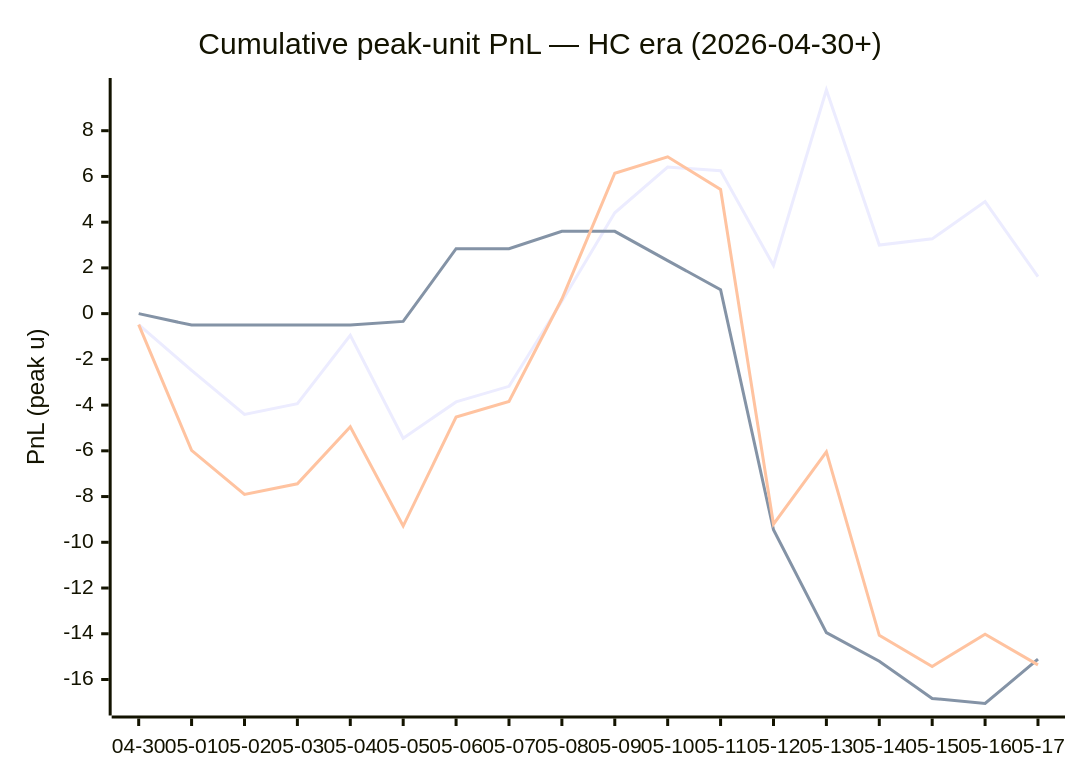
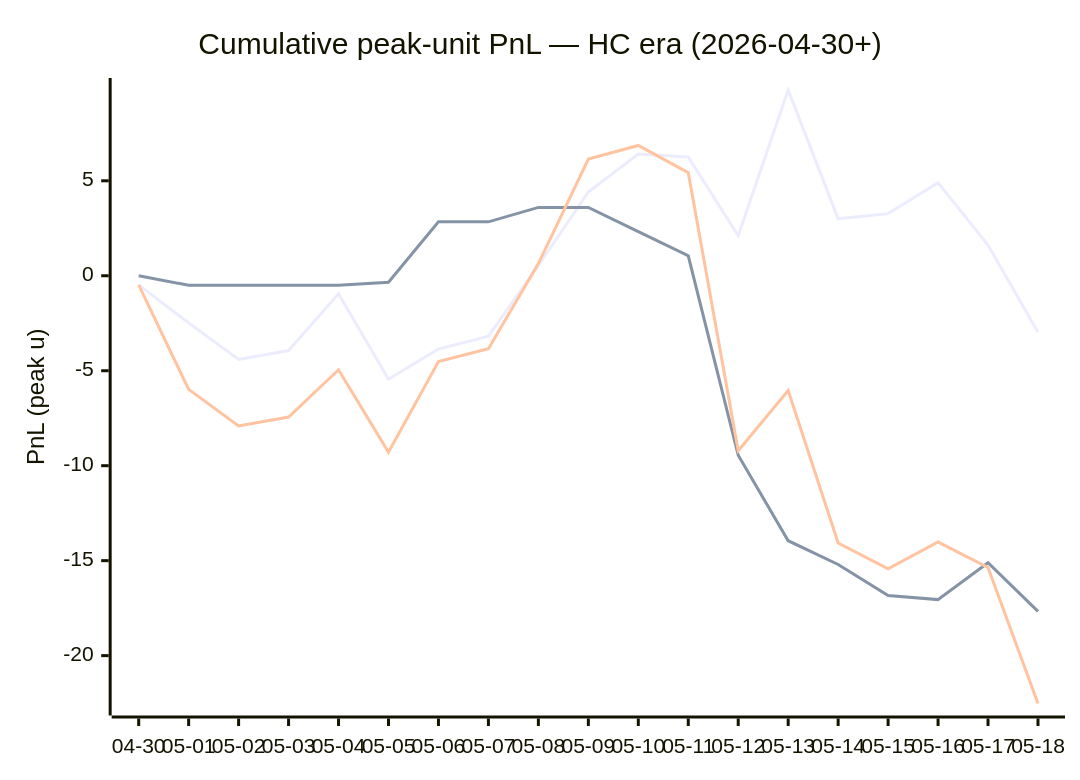
The diagram in DAILY_V6_REPORT.md (dpk1212/nhl-savant), drawn with Mermaid before and after one commit. The commit also changed other lines of this file, not shown here.

````diff
--- a/DAILY_V6_REPORT.md
+++ b/DAILY_V6_REPORT.md
@@ -177,9 +177,9 @@
 ```mermaid
 xychart-beta
     title "Cumulative peak-unit PnL — HC era (2026-04-30+)"
-    x-axis ["04-30", "05-01", "05-02", "05-03", "05-04", "05-05", "05-06", "05-07", "05-08", "05-09", "05-10", "05-11", "05-12", "05-13", "05-14", "05-15", "05-16", "05-17"]
+    x-axis ["04-30", "05-01", "05-02", "05-03", "05-04", "05-05", "05-06", "05-07", "05-08", "05-09", "05-10", "05-11", "05-12", "05-13", "05-14", "05-15", "05-16", "05-17", "05-18"]
     y-axis "PnL (peak u)"
-    line "HC ≥ +1" [-0.48, -2.48, -4.41, -3.94, -0.95, -5.45, -3.86, -3.18, 0.54, 4.41, 6.41, 6.25, 2.11, 9.78, 3.00, 3.27, 4.90, 1.62]
-    line "HC = 0"  [0.00, -0.50, -0.50, -0.50, -0.50, -0.34, 2.84, 2.84, 3.60, 3.60, 2.32, 1.05, -9.45, -13.95, -15.20, -16.83, -17.05, -15.11]
-    line "All (HC era)" [-0.48, -5.98, -7.91, -7.44, -4.95, -9.29, -4.52, -3.84, 0.64, 6.14, 6.86, 5.43, -9.21, -6.04, -14.07, -15.43, -14.02, -15.36]
+    line "HC ≥ +1" [-0.48, -2.48, -4.41, -3.94, -0.95, -5.45, -3.86, -3.18, 0.54, 4.41, 6.41, 6.25, 2.11, 9.78, 3.00, 3.27, 4.90, 1.62, -2.98]
+    line "HC = 0"  [0.00, -0.50, -0.50, -0.50, -0.50, -0.34, 2.84, 2.84, 3.60, 3.60, 2.32, 1.05, -9.45, -13.95, -15.20, -16.83, -17.05, -15.11, -17.67]
+    line "All (HC era)" [-0.48, -5.98, -7.91, -7.44, -4.95, -9.29, -4.52, -3.84, 0.64, 6.14, 6.86, 5.43, -9.21, -6.04, -14.07, -15.43, -14.02, -15.36, -22.52]
 ```
````
